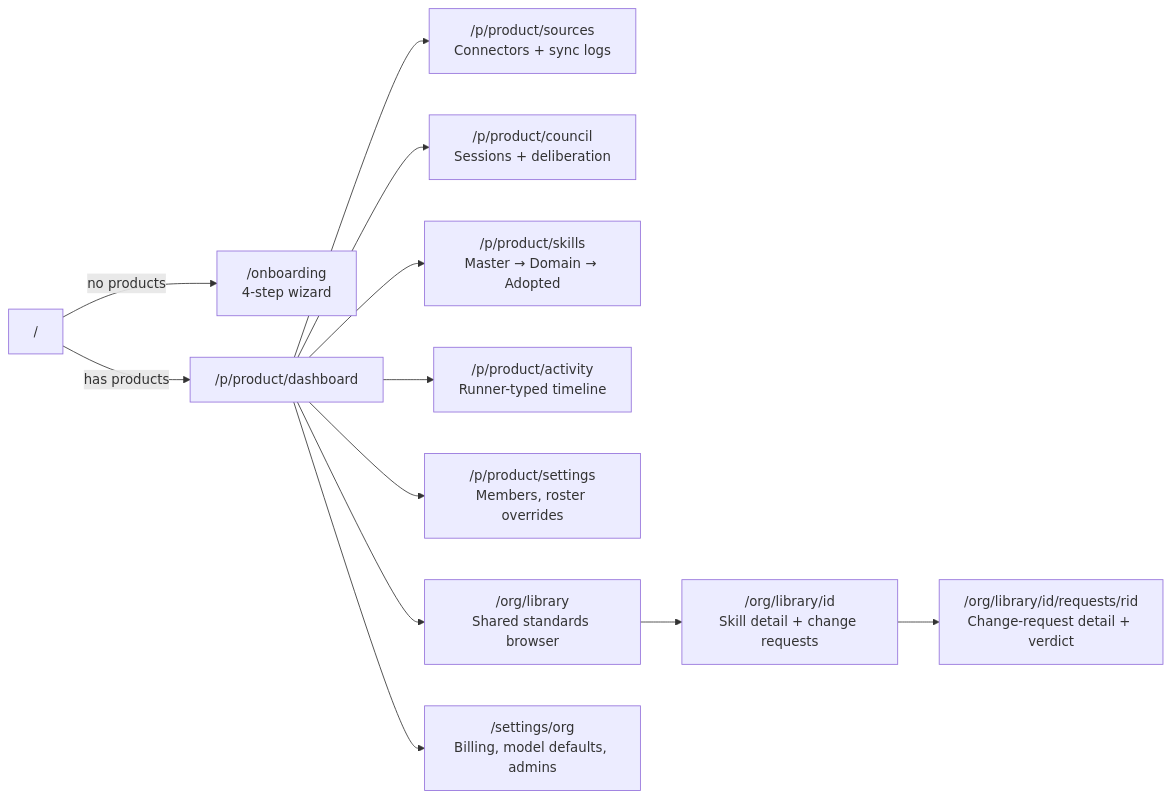
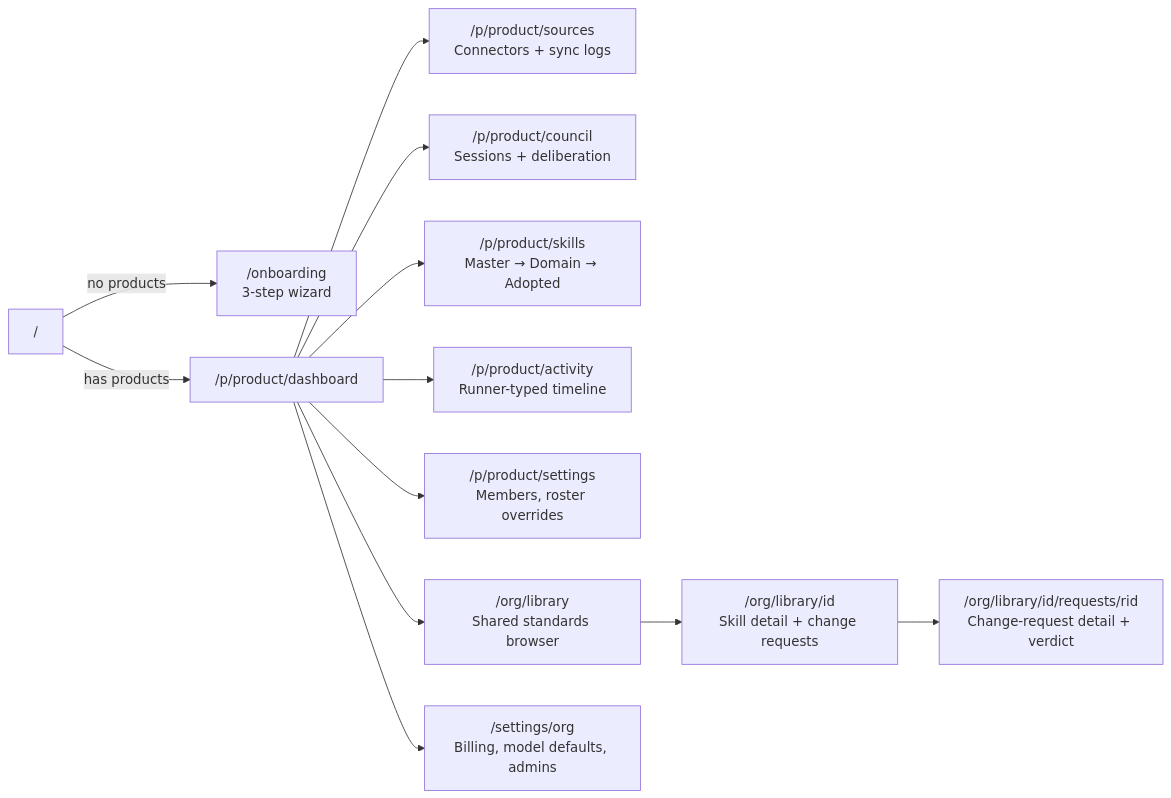
The third of 15 diagrams in ENGINEERING.md (0xaeres/anvay-core), drawn with Mermaid before and after one commit. The commit also changed other lines of this file and 26 other files, not shown here.

````diff
--- a/ENGINEERING.md
+++ b/ENGINEERING.md
@@ -165,17 +165,17 @@
 ```mermaid
 graph LR
-    ROOT["/"] -->|no products| OB["/onboarding\n4-step wizard"]
+    ROOT["/"] -->|no products| OB["/onboarding\n3-step wizard"]
     ROOT -->|has products| DASH["/p/product/dashboard"]
 
     DASH --> SRC["/p/product/sources\nConnectors + sync logs"]
     DASH --> CON["/p/product/council\nSessions + deliberation"]
     DASH --> SKL["/p/product/skills\nMaster → Domain → Adopted"]
     DASH --> ACT["/p/product/activity\nRunner-typed timeline"]
     DASH --> SET["/p/product/settings\nMembers, roster overrides"]
 
     DASH --> ORGLIB["/org/library\nShared standards browser"]
     ORGLIB --> ORGSKL["/org/library/id\nSkill detail + change requests"]
     ORGSKL --> CRQ["/org/library/id/requests/rid\nChange-request detail + verdict"]
 
     DASH --> ORGSET["/settings/org\nBilling, model defaults, admins"]
 ```
````
